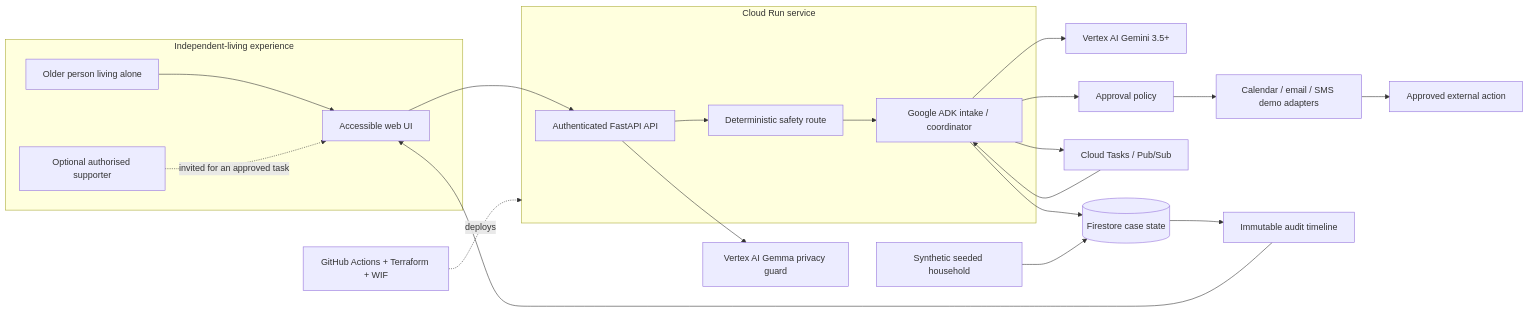
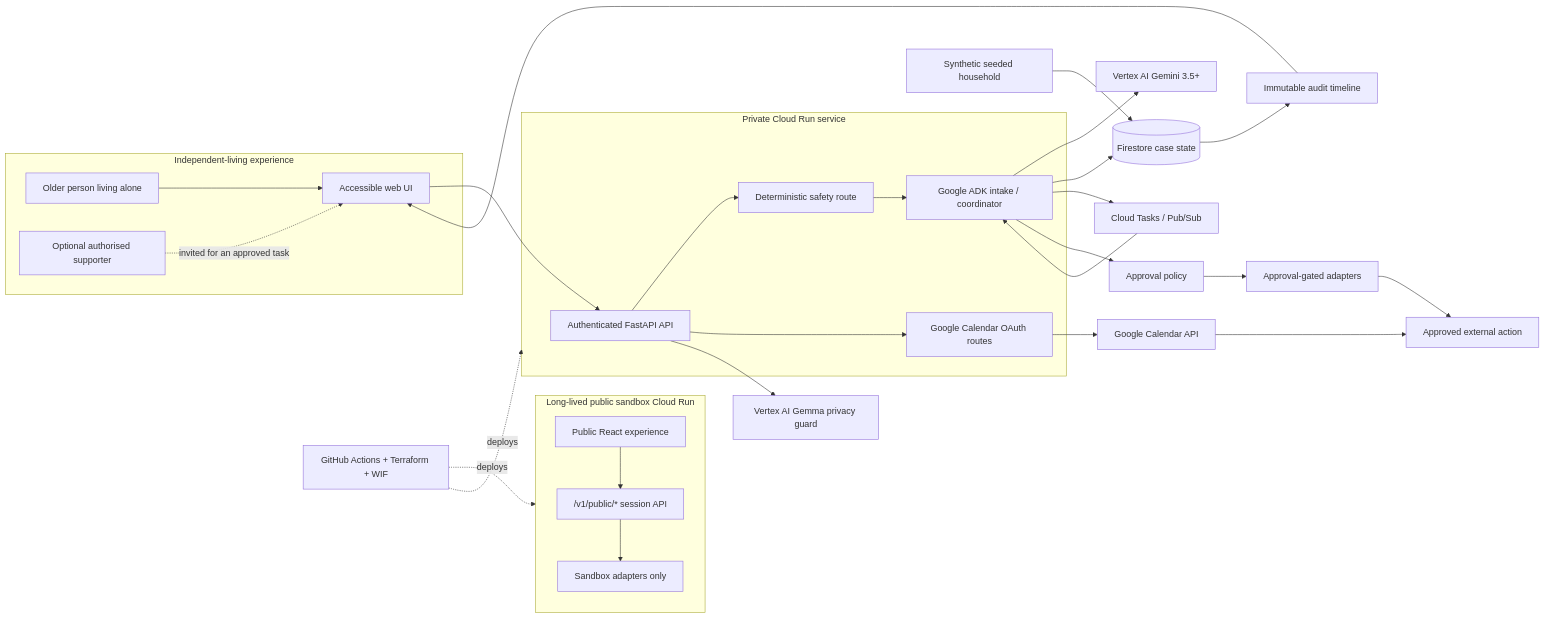
One commit to sailing-together/StayLong changed the diagram in docs/architecture.md. Above: the diagram before and after it, drawn with Mermaid. The commit also changed other lines of this file and 2 other files, not shown here.

Commit message:
docs: align architecture with public and private runtimes

````diff
--- a/docs/architecture.md
+++ b/docs/architecture.md
@@ -7,24 +7,32 @@
 ```mermaid
 flowchart LR
   subgraph EXPERIENCE["Independent-living experience"]
     U["Older person living alone"] --> W["Accessible web UI"]
     S["Optional authorised supporter"] -. invited for an approved task .-> W
   end
-  subgraph RUN["Cloud Run service"]
+  subgraph PUBLIC["Long-lived public sandbox Cloud Run"]
+    PW["Public React experience"] --> PS["/v1/public/* session API"]
+    PS --> SA["Sandbox adapters only"]
+  end
+  subgraph PRIVATE["Private Cloud Run service"]
     W --> API["Authenticated FastAPI API"]
     API --> R["Deterministic safety route"]
     R --> ADK["Google ADK intake / coordinator"]
+    API --> O["Google Calendar OAuth routes"]
   end
   ADK --> V["Vertex AI Gemini 3.5+"]
   API --> G["Vertex AI Gemma privacy guard"]
   ADK --> F[("Firestore case state")]
   ADK --> Q["Cloud Tasks / Pub/Sub"]
   Q --> ADK
   ADK --> P["Approval policy"]
-  P --> T["Calendar / email / SMS demo adapters"]
+  P --> T["Approval-gated adapters"]
   T --> C["Approved external action"]
+  O --> GT["Google Calendar API"]
+  GT --> C
   F --> L["Immutable audit timeline"]
   L --> W
   D["Synthetic seeded household"] --> F
-  CI["GitHub Actions + Terraform + WIF"] -. deploys .-> RUN
+  CI["GitHub Actions + Terraform + WIF"] -. deploys .-> PUBLIC
+  CI -. deploys .-> PRIVATE
 ```
````
